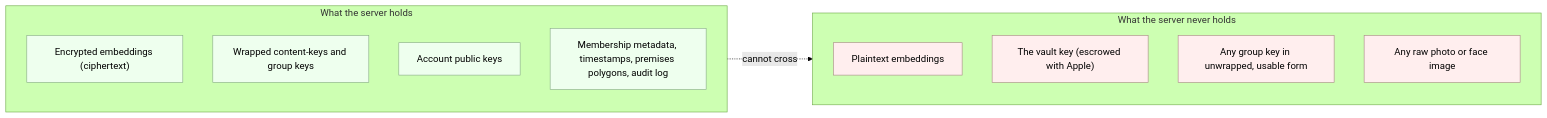
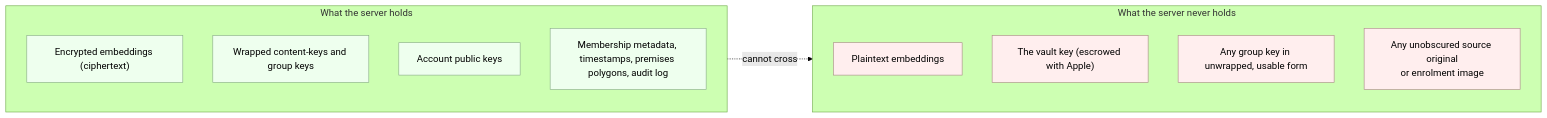
Before and after one commit to carlheinmostert/myclick-protocol: the second of 10 diagrams in PROTOCOL.md, drawn with Mermaid (forest theme). The commit also changed other lines of this file, not shown here.

````diff
--- a/PROTOCOL.md
+++ b/PROTOCOL.md
@@ -379,23 +403,23 @@
 ```mermaid
 flowchart LR
     subgraph sees["What the server holds"]
         direction TB
         ct["Encrypted embeddings (ciphertext)"]
         wraps["Wrapped content-keys and group keys"]
         pub["Account public keys"]
         meta["Membership metadata, timestamps, premises polygons, audit log"]
     end
     subgraph never["What the server never holds"]
         direction TB
         plain["Plaintext embeddings"]
         vk["The vault key (escrowed with Apple)"]
         ugk["Any group key in unwrapped, usable form"]
-        raw["Any raw photo or face image"]
+        raw["Any unobscured source original<br/>or enrolment image"]
     end
     sees -.->|cannot cross| never
 
     classDef has fill:#efe,stroke:#8a8,color:#000;
     classDef hasnt fill:#fee,stroke:#a88,color:#000;
     class ct,wraps,pub,meta has;
     class plain,vk,ugk,raw hasnt;
 ```
````
